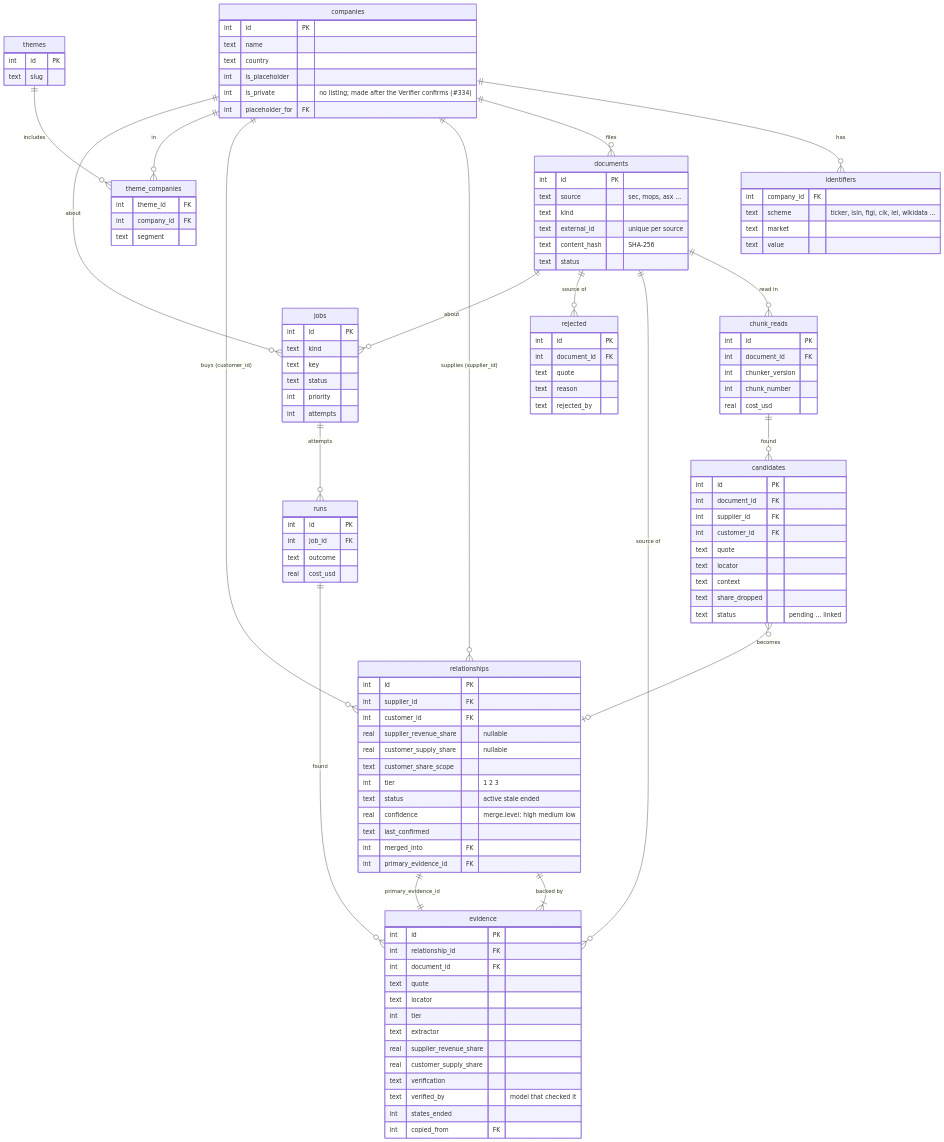
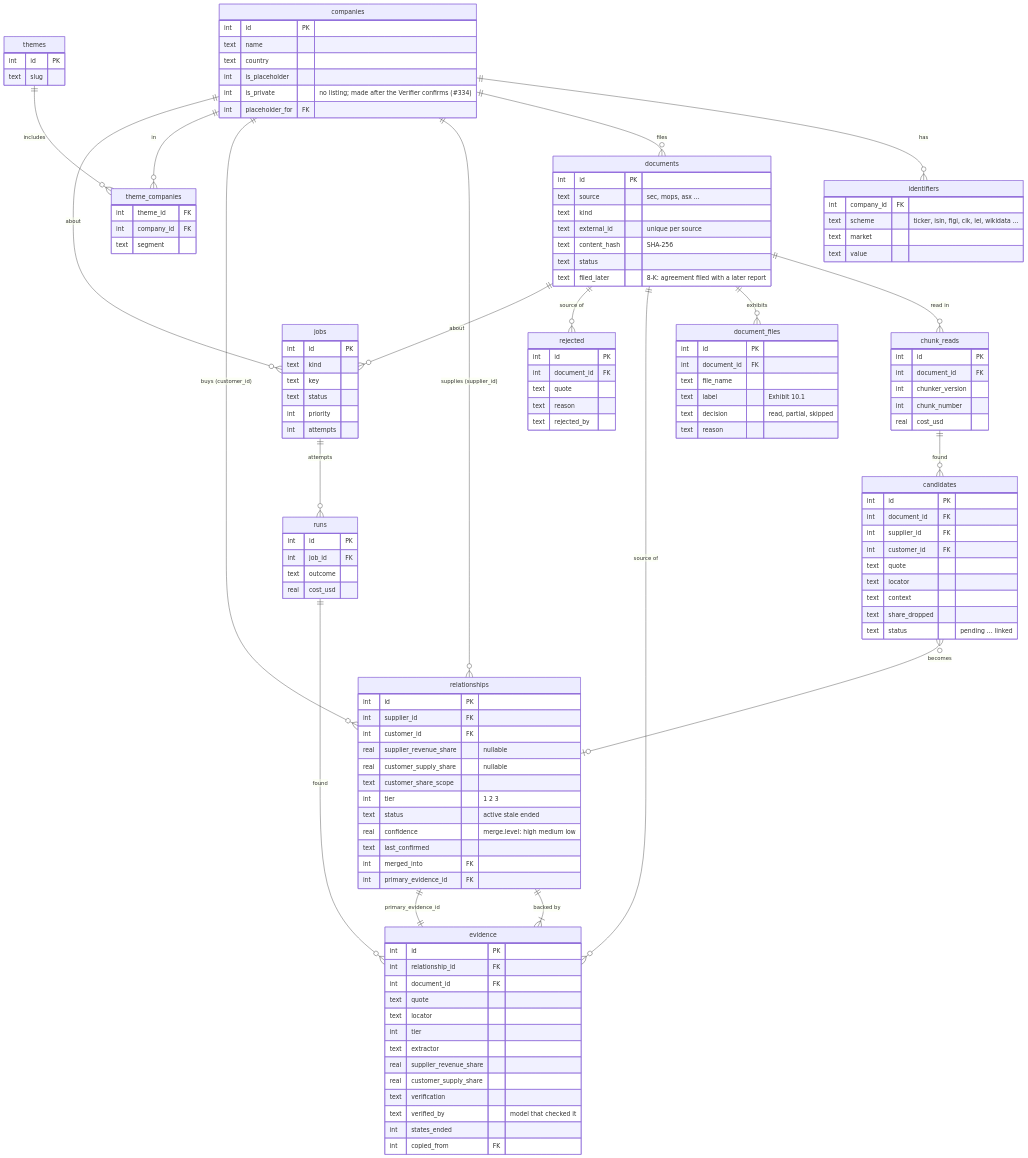
One commit to Indomie-glitch/ibkr-portfolio-manager changed the diagram in docs/supply-chain-graph.md. Above: the diagram before and after it, drawn with Mermaid. The commit also changed other lines of this file and 2 other files, not shown here.

Commit message:
docs: 8-K exhibits (#322)

```diff
--- a/docs/supply-chain-graph.md
+++ b/docs/supply-chain-graph.md
@@ -59,6 +59,7 @@
     companies ||--o{ identifiers : "has"
     companies ||--o{ documents : "files"
     documents ||--o{ chunk_reads : "read in"
+    documents ||--o{ document_files : "exhibits"
     chunk_reads ||--o{ candidates : "found"
     candidates }o--o| relationships : "becomes"
     companies ||--o{ relationships : "supplies (supplier_id)"
@@ -89,7 +90,8 @@
         text kind
         text external_id "unique per source"
         text content_hash "SHA-256"
-        text status }
+        text status
+        text filed_later "8-K: agreement filed with a later report" }
     relationships { int id PK
         int supplier_id FK
         int customer_id FK
@@ -132,6 +134,12 @@
         real cost_usd }
     themes { int id PK
         text slug }
+    document_files { int id PK
+        int document_id FK
+        text file_name
+        text label "Exhibit 10.1"
+        text decision "read, partial, skipped"
+        text reason }
     chunk_reads { int id PK
         int document_id FK
         int chunker_version
```
